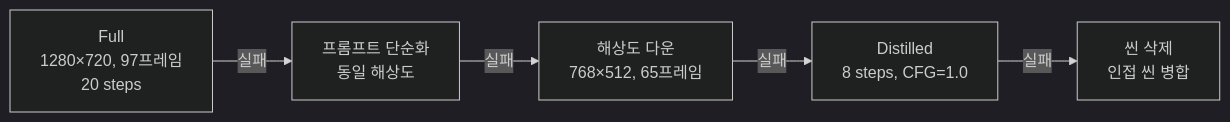
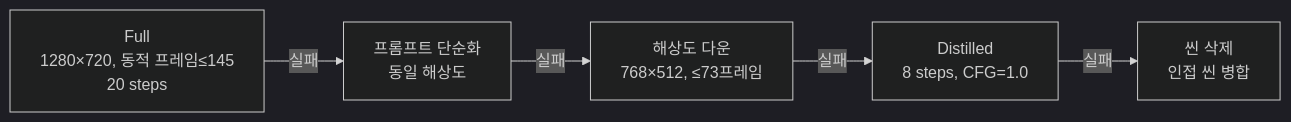
The second of 4 diagrams in docs/pipeline.md (Justant-source/WaggleBot), drawn with Mermaid (dark theme) before and after one commit. The commit also changed other lines of this file and 21 other files, not shown here.

````diff
--- a/docs/pipeline.md
+++ b/docs/pipeline.md
@@ -139,7 +145,7 @@
 ```mermaid
 flowchart LR
-    F1[Full<br/>1280×720, 97프레임<br/>20 steps] -->|실패| F2
+    F1[Full<br/>1280×720, 동적 프레임≤145<br/>20 steps] -->|실패| F2
     F2[프롬프트 단순화<br/>동일 해상도] -->|실패| F3
-    F3[해상도 다운<br/>768×512, 65프레임] -->|실패| F4
+    F3[해상도 다운<br/>768×512, ≤73프레임] -->|실패| F4
     F4[Distilled<br/>8 steps, CFG=1.0] -->|실패| DEL[씬 삭제<br/>인접 씬 병합]
 ```
````
